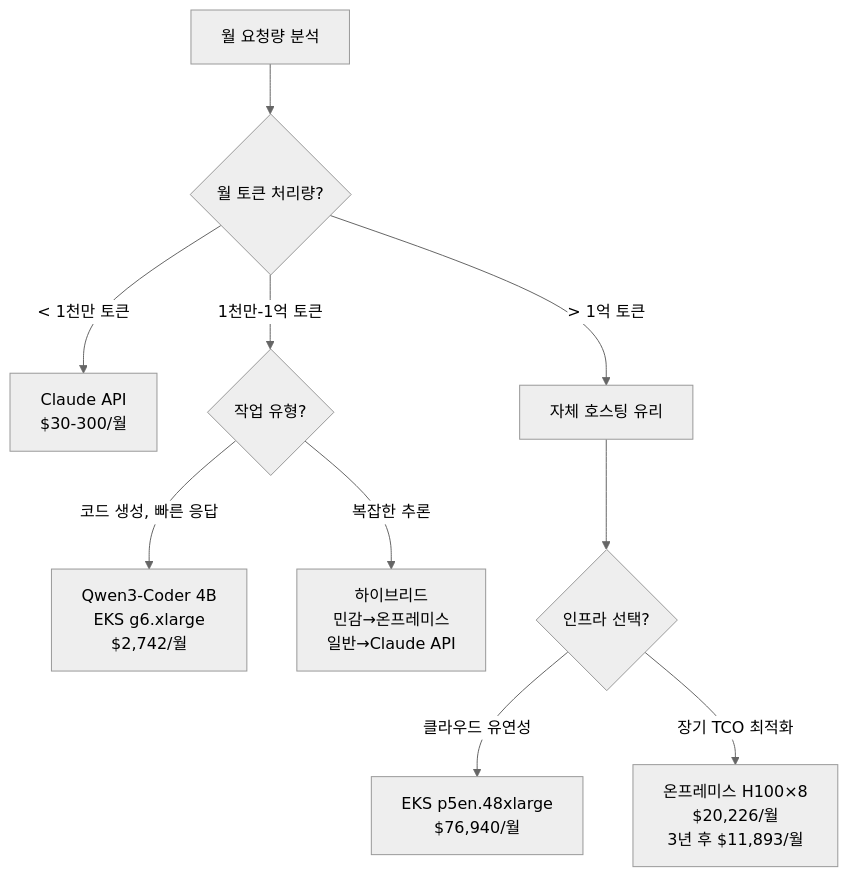
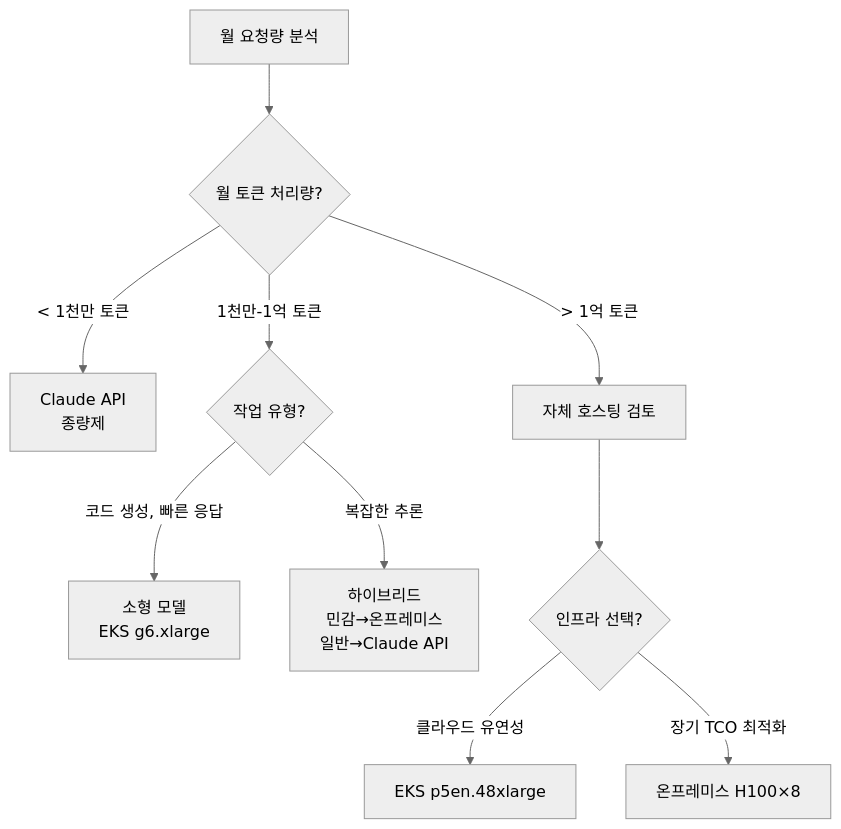
The fourth of 4 diagrams in i18n/ko/docusaurus-plugin-content-docs/current/aidlc/toolchain/open-weight-models.md (devfloor9/engineering-playbook), drawn with Mermaid (neutral theme) before and after one commit. The commit also changed other lines of this file and 3 other files, not shown here.

````diff
--- a/i18n/ko/docusaurus-plugin-content-docs/current/aidlc/toolchain/open-weight-models.md
+++ b/i18n/ko/docusaurus-plugin-content-docs/current/aidlc/toolchain/open-weight-models.md
@@ -243,12 +254,12 @@
 ```mermaid
 graph TD
     A[월 요청량 분석] --> B{월 토큰 처리량?}
-    B -->|< 1천만 토큰| C[Claude API<br/>$30-300/월]
+    B -->|< 1천만 토큰| C[Claude API<br/>종량제]
     B -->|1천만-1억 토큰| D{작업 유형?}
-    B -->|> 1억 토큰| E[자체 호스팅 유리]
-    D -->|코드 생성, 빠른 응답| F[Qwen3-Coder 4B<br/>EKS g6.xlarge<br/>$2,742/월]
+    B -->|> 1억 토큰| E[자체 호스팅 검토]
+    D -->|코드 생성, 빠른 응답| F[소형 모델<br/>EKS g6.xlarge]
     D -->|복잡한 추론| G[하이브리드<br/>민감→온프레미스<br/>일반→Claude API]
     E --> H{인프라 선택?}
-    H -->|클라우드 유연성| I[EKS p5en.48xlarge<br/>$76,940/월]
-    H -->|장기 TCO 최적화| J[온프레미스 H100×8<br/>$20,226/월<br/>3년 후 $11,893/월]
+    H -->|클라우드 유연성| I[EKS p5en.48xlarge]
+    H -->|장기 TCO 최적화| J[온프레미스 H100×8]
 ```
````
